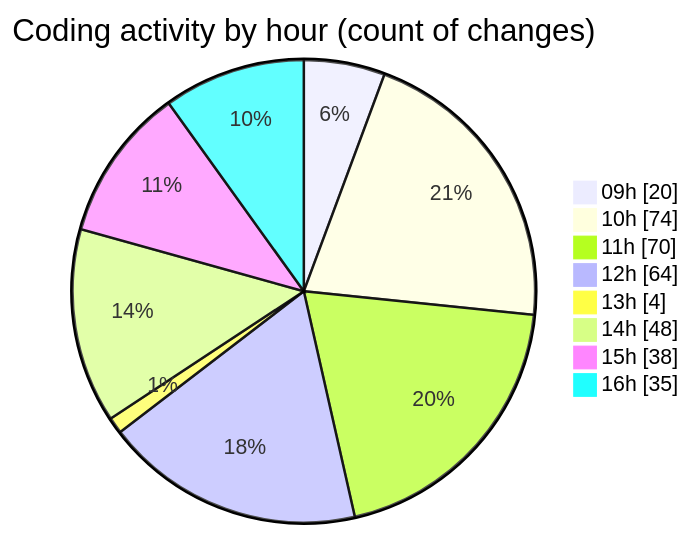
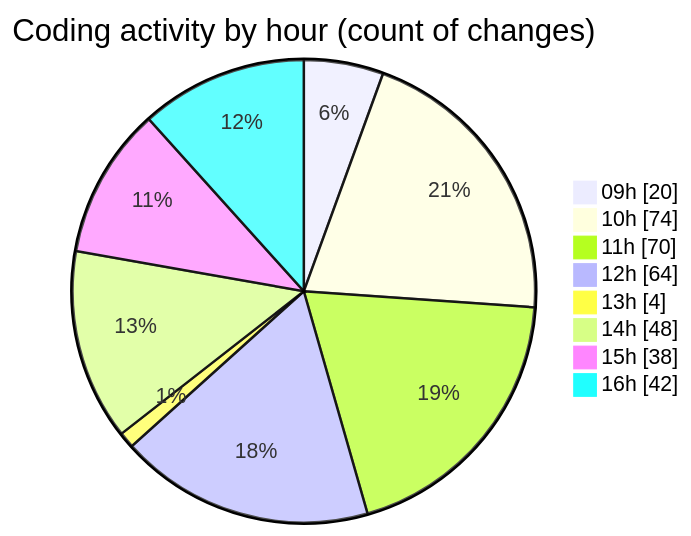
The second of 2 diagrams in 2025-06-06/ecodeli-1/README.md (CELIANVF/code-tracking), drawn with Mermaid before and after one commit. The commit also changed other lines of this file and 1 other file, not shown here.

````diff
--- a/2025-06-06/ecodeli-1/README.md
+++ b/2025-06-06/ecodeli-1/README.md
@@ -116,12 +116,12 @@
 ```mermaid
 pie showData
 title Coding activity by hour (count of changes)
 "09h" : 20
 "10h" : 74
 "11h" : 70
 "12h" : 64
 "13h" : 4
 "14h" : 48
 "15h" : 38
-"16h" : 35
+"16h" : 42
 ```
````
